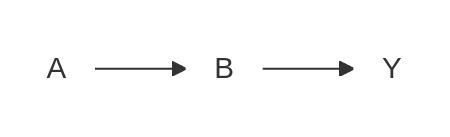
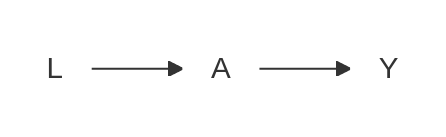
The second of 14 diagrams in book_birth_outcomes_summary/design_dag_2.md (birth-outcomes/birth_outcomes_summary), drawn with Mermaid before and after one commit. The commit also changed other lines of this file and 1 other file, not shown here.

`````diff
--- a/book_birth_outcomes_summary/design_dag_2.md
+++ b/book_birth_outcomes_summary/design_dag_2.md
@@ -106,12 +78,15 @@
 ````{mermaid}
   flowchart LR;
 
+    l("L"):::white;
     a("A"):::white;
-    b("B"):::white;
     y("Y"):::white;
-    
-    a --> b; b--> y;
+
+    l --> a;
+    a --> y;
 
     classDef white fill:#FFFFFF, stroke:#FFFFFF
     classDef black fill:#FFFFFF, stroke:#000000
+    classDef outline fill:#FFFFFF
+    classDef green fill:#DDF2D1, stroke: #FFFFFF;
 ````
`````
